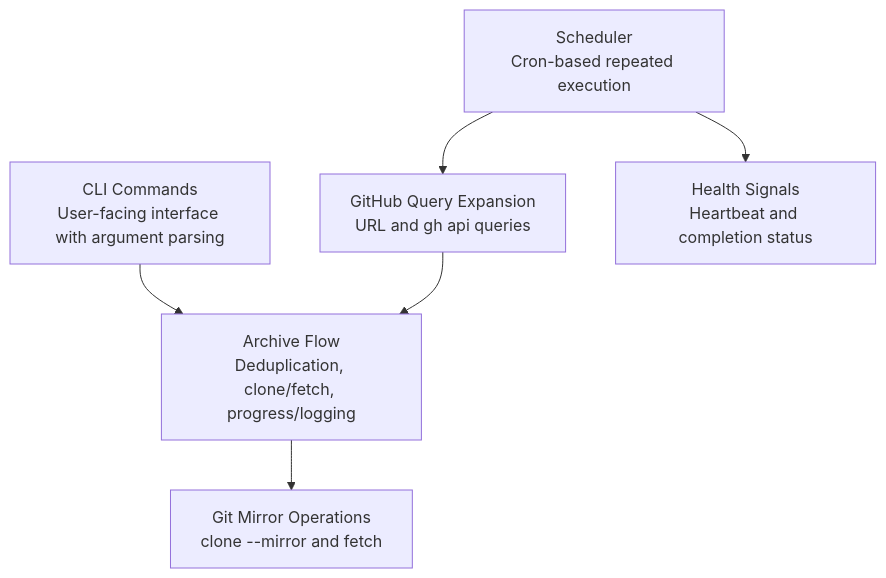
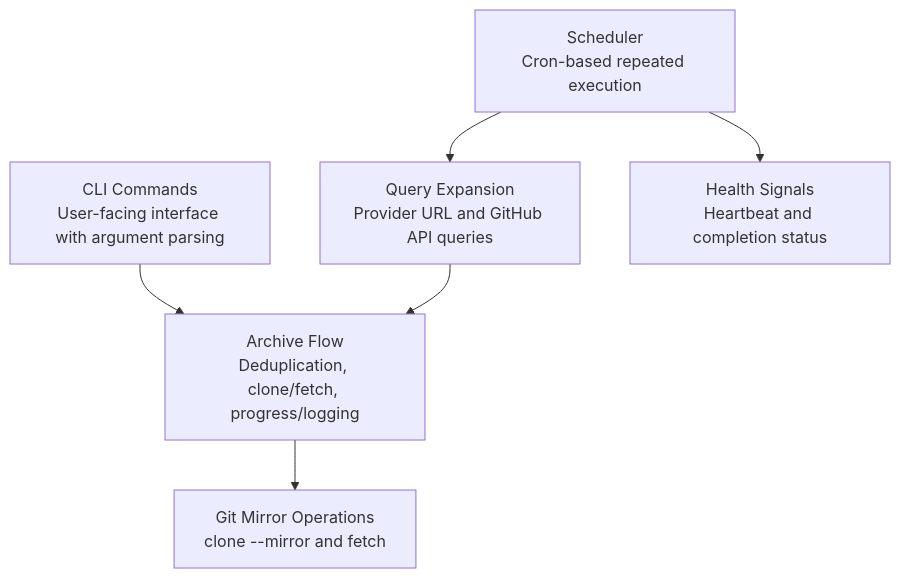
One commit to fa0311/github-archiver changed the first of 3 diagrams in ARCHITECTURE.md. Above: the diagram before and after it, drawn with Mermaid. The commit also changed other lines of this file and 27 other files, not shown here.

````diff
--- a/ARCHITECTURE.md
+++ b/ARCHITECTURE.md
@@ -30,15 +30,15 @@
 ```mermaid
 graph TD
     CLI[CLI Commands<br/>User-facing interface with argument parsing]
     Scheduler[Scheduler<br/>Cron-based repeated execution]
-    GitHub[GitHub Query Expansion<br/>URL and gh api queries]
+    GitHub[Query Expansion<br/>Provider URL and GitHub API queries]
     Archive[Archive Flow<br/>Deduplication, clone/fetch, progress/logging]
     Git[Git Mirror Operations<br/>clone --mirror and fetch]
     Health[Health Signals<br/>Heartbeat and completion status]
 
     CLI --> Archive
     Scheduler --> GitHub
     GitHub --> Archive
     Archive --> Git
     Scheduler --> Health
 ```
````
